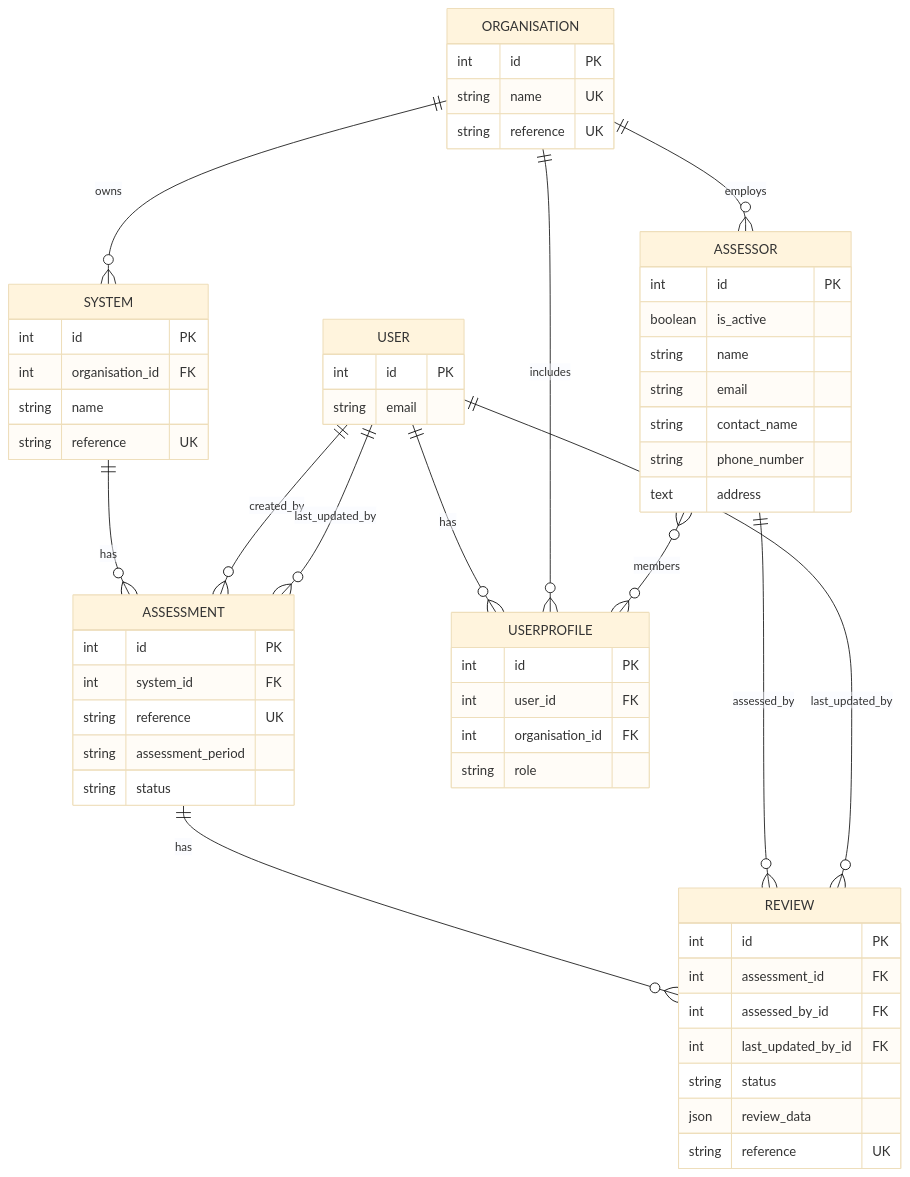
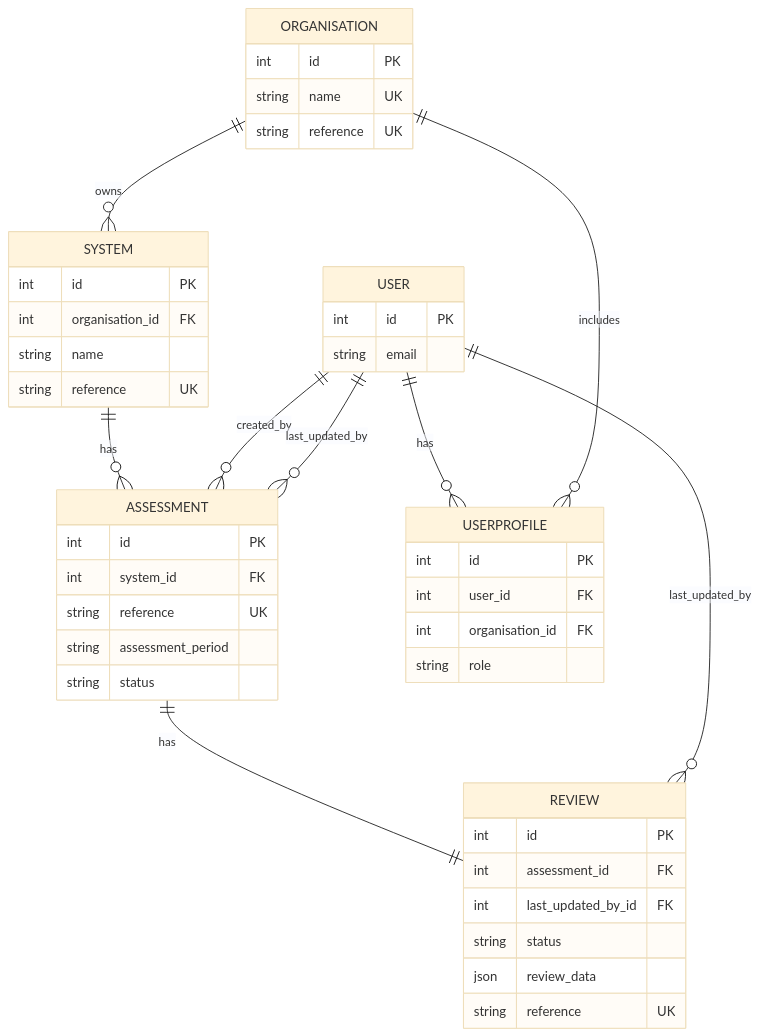
The second of 2 diagrams in docs/DESIGN_DIAGRAM.md (co-cddo/domains-webcaf), drawn with Mermaid (base theme) before and after one commit. The commit also changed other lines of this file and 21 other files, not shown here.

````diff
--- a/docs/DESIGN_DIAGRAM.md
+++ b/docs/DESIGN_DIAGRAM.md
@@ -104,67 +88,53 @@
 ```mermaid
 erDiagram
   ORGANISATION ||--o{ SYSTEM : owns
   SYSTEM ||--o{ ASSESSMENT : has
-  ASSESSMENT ||--o{ REVIEW : has
-  ASSESSOR ||--o{ REVIEW : assessed_by
+  ASSESSMENT ||--|| REVIEW : has
   USER ||--o{ USERPROFILE : has
   ORGANISATION ||--o{ USERPROFILE : includes
-  ORGANISATION ||--o{ ASSESSOR : employs
-  ASSESSOR }o--o{ USERPROFILE : members
   USER ||--o{ ASSESSMENT : created_by
   USER ||--o{ ASSESSMENT : last_updated_by
   USER ||--o{ REVIEW : last_updated_by
 
   ORGANISATION {
     int id PK
     string name UK
     string reference UK
   }
 
   SYSTEM {
     int id PK
     int organisation_id FK
     string name
     string reference UK
   }
 
   ASSESSMENT {
     int id PK
     int system_id FK
     string reference UK
     string assessment_period
     string status
   }
 
   REVIEW {
     int id PK
     int assessment_id FK
-    int assessed_by_id FK
     int last_updated_by_id FK
     string status
     json review_data
     string reference UK
   }
 
   USER {
     int id PK
     string email
   }
 
   USERPROFILE {
     int id PK
     int user_id FK
     int organisation_id FK
     string role
   }
-
-  ASSESSOR {
-    int id PK
-    boolean is_active
-    string name
-    string email
-    string contact_name
-    string phone_number
-    text address
-  }
 ```
````
